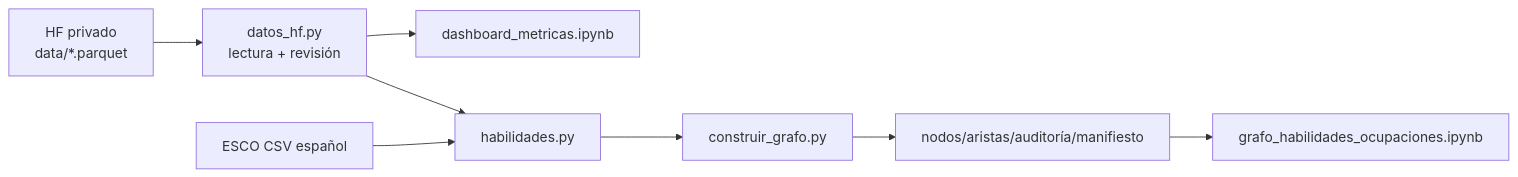
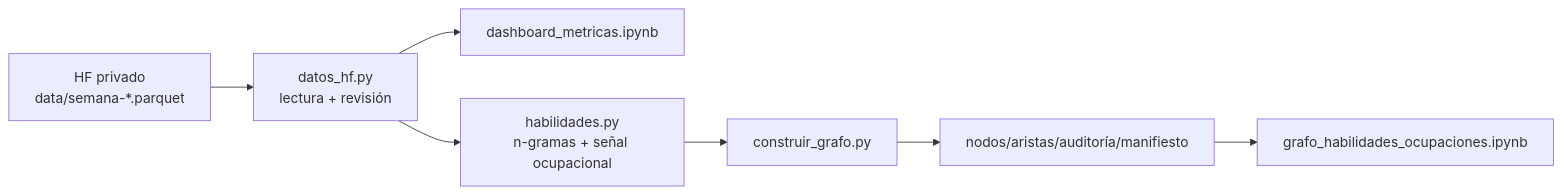
The eighth of 8 diagrams in docs/arquitectura.md (shalom-A26/SEXTANTE), drawn with Mermaid before and after one commit. The commit also changed other lines of this file and 9 other files, not shown here.

````diff
--- a/docs/arquitectura.md
+++ b/docs/arquitectura.md
@@ -384,10 +398,9 @@
 ```mermaid
 flowchart LR
-    hf["HF privado<br/>data/*.parquet"] --> acceso["datos_hf.py<br/>lectura + revisión"]
+    hf["HF privado<br/>data/semana-*.parquet"] --> acceso["datos_hf.py<br/>lectura + revisión"]
     acceso --> tablero["dashboard_metricas.ipynb"]
-    acceso --> extractor["habilidades.py"]
-    esco["ESCO CSV español"] --> extractor
+    acceso --> extractor["habilidades.py<br/>n-gramas + señal ocupacional"]
     extractor --> construir["construir_grafo.py"]
     construir --> artefactos["nodos/aristas/auditoría/manifiesto"]
     artefactos --> red["grafo_habilidades_ocupaciones.ipynb"]
 ```
````
